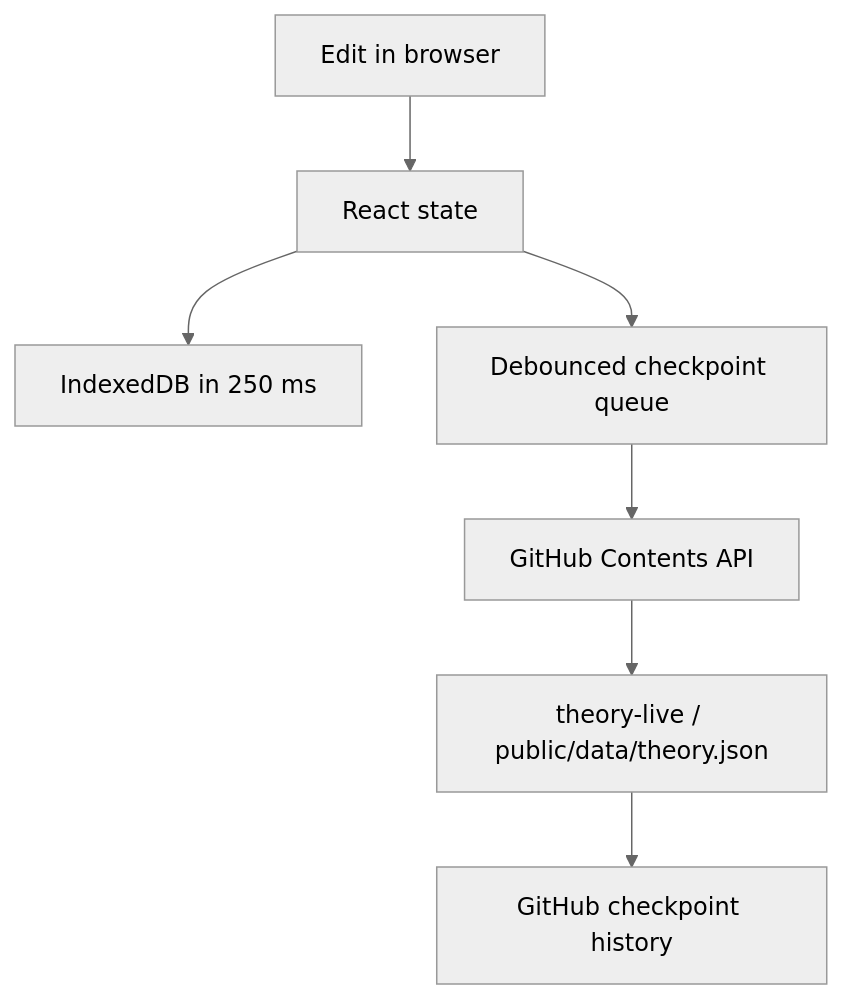
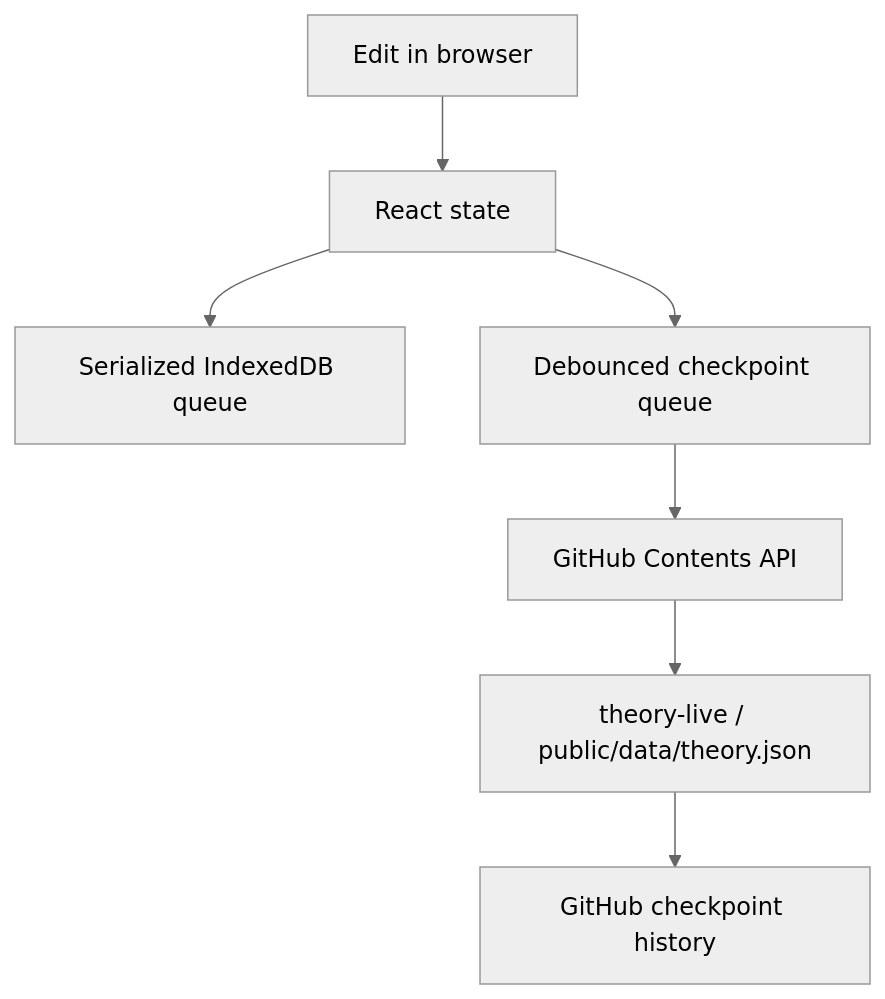
One commit to dream-unity/theory changed the first of 2 diagrams in docs/ARCHITECTURE.md. Above: the diagram before and after it, drawn with Mermaid (neutral theme). The commit also changed other lines of this file and 22 other files, not shown here.

````diff
--- a/docs/ARCHITECTURE.md
+++ b/docs/ARCHITECTURE.md
@@ -5,9 +5,9 @@
 ```mermaid
 flowchart TD
     A["Edit in browser"] --> B["React state"]
-    B --> C["IndexedDB in 250 ms"]
+    B --> C["Serialized IndexedDB queue"]
     B --> D["Debounced checkpoint queue"]
     D --> E["GitHub Contents API"]
     E --> F["theory-live / public/data/theory.json"]
     F --> G["GitHub checkpoint history"]
 ```
````
